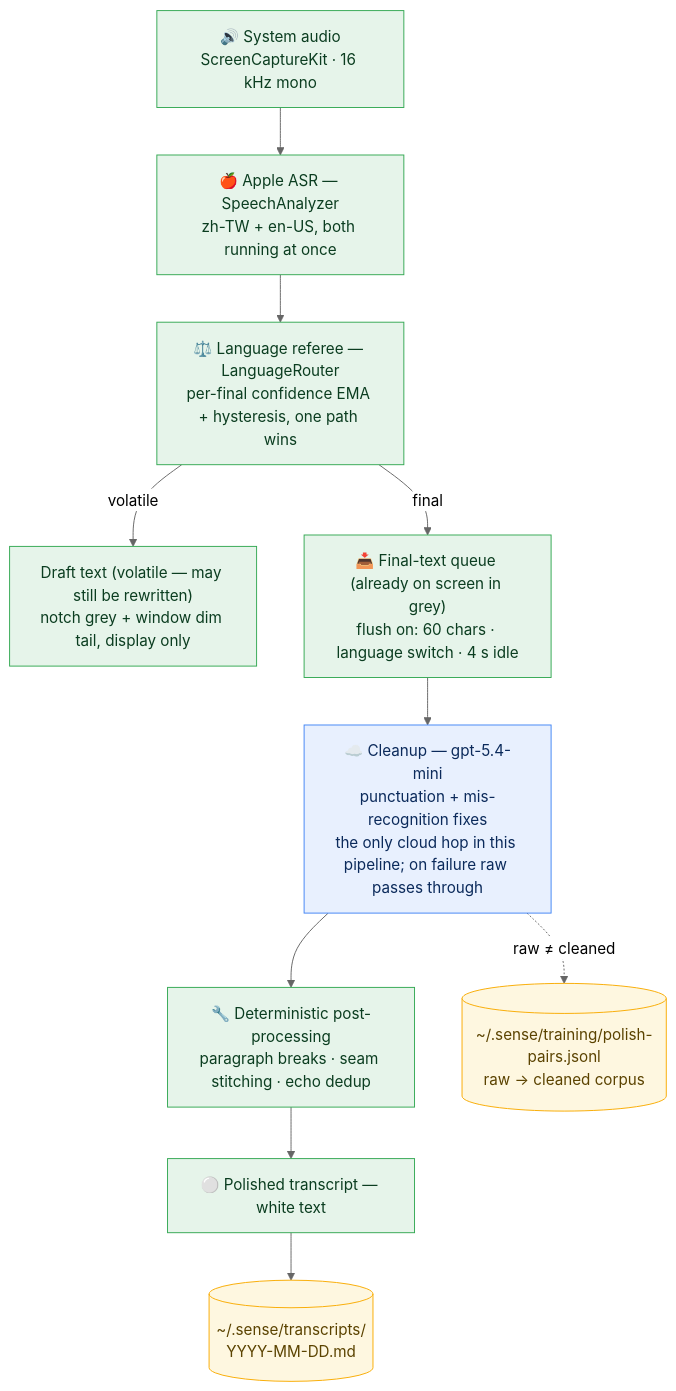
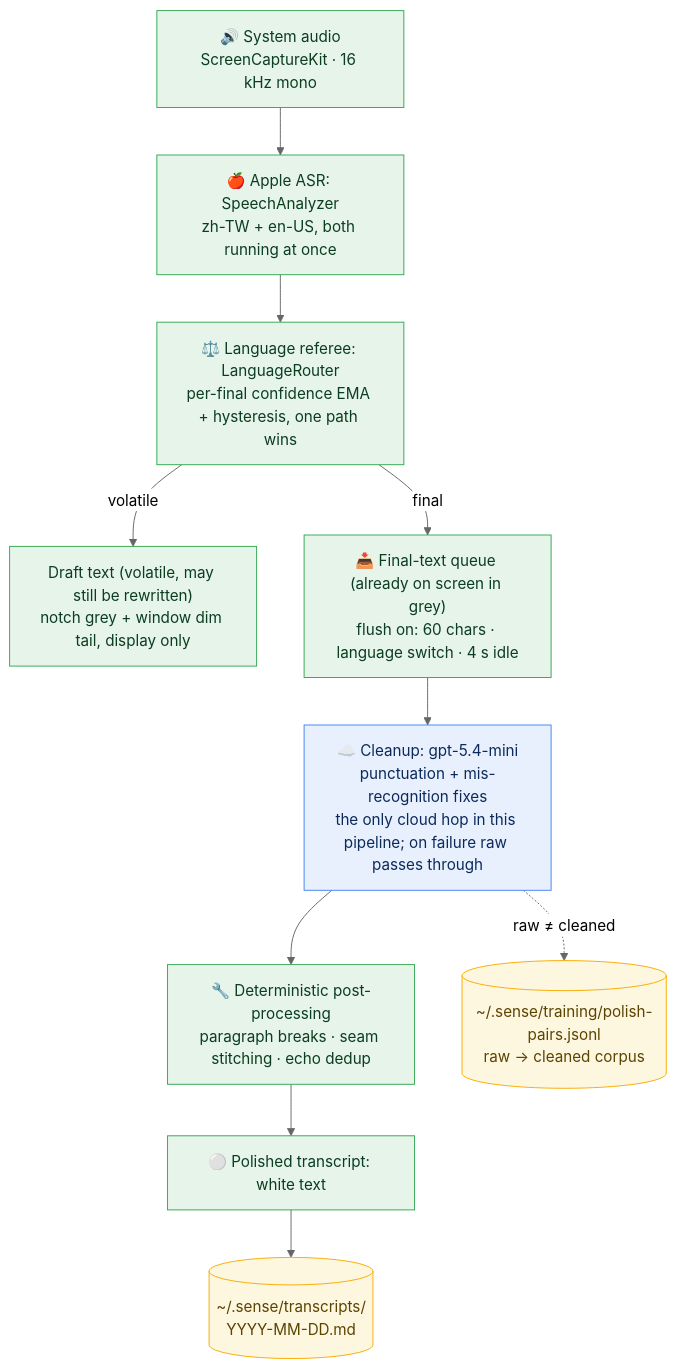
Before and after one commit to zyx1121/sense: the second of 2 diagrams in README.md, drawn with Mermaid (neutral theme). The commit also changed other lines of this file, not shown here.

````diff
--- a/README.md
+++ b/README.md
@@ -67,27 +101,27 @@
 ```mermaid
 flowchart TD
     audio["🔊 System audio<br/>ScreenCaptureKit · 16 kHz mono"]
-    asr["🍎 Apple ASR — SpeechAnalyzer<br/>zh-TW + en-US, both running at once"]
-    router["⚖️ Language referee — LanguageRouter<br/>per-final confidence EMA + hysteresis, one path wins"]
-    draft["Draft text (volatile — may still be rewritten)<br/>notch grey + window dim tail, display only"]
+    asr["🍎 Apple ASR: SpeechAnalyzer<br/>zh-TW + en-US, both running at once"]
+    router["⚖️ Language referee: LanguageRouter<br/>per-final confidence EMA + hysteresis, one path wins"]
+    draft["Draft text (volatile, may still be rewritten)<br/>notch grey + window dim tail, display only"]
     queue["📥 Final-text queue (already on screen in grey)<br/>flush on: 60 chars · language switch · 4 s idle"]
-    polish["☁️ Cleanup — gpt-5.4-mini<br/>punctuation + mis-recognition fixes<br/>the only cloud hop in this pipeline; on failure raw passes through"]
+    polish["☁️ Cleanup: gpt-5.4-mini<br/>punctuation + mis-recognition fixes<br/>the only cloud hop in this pipeline; on failure raw passes through"]
     post["🔧 Deterministic post-processing<br/>paragraph breaks · seam stitching · echo dedup"]
-    white["⚪ Polished transcript — white text"]
+    white["⚪ Polished transcript: white text"]
     archive[("~/.sense/transcripts/<br/>YYYY-MM-DD.md")]
     pairs[("~/.sense/training/polish-pairs.jsonl<br/>raw → cleaned corpus")]
 
     audio --> asr --> router
     router -->|volatile| draft
     router -->|final| queue
     queue --> polish --> post --> white
     white --> archive
     polish -.->|raw ≠ cleaned| pairs
 
     classDef device fill:#e6f4ea,stroke:#34a853,color:#0b3d20;
     classDef cloud fill:#e8f0fe,stroke:#4285f4,color:#0b2a5b;
     classDef store fill:#fef7e0,stroke:#f9ab00,color:#5b4300;
     class audio,asr,router,draft,queue,post,white device;
     class polish cloud;
     class archive,pairs store;
 ```
````
